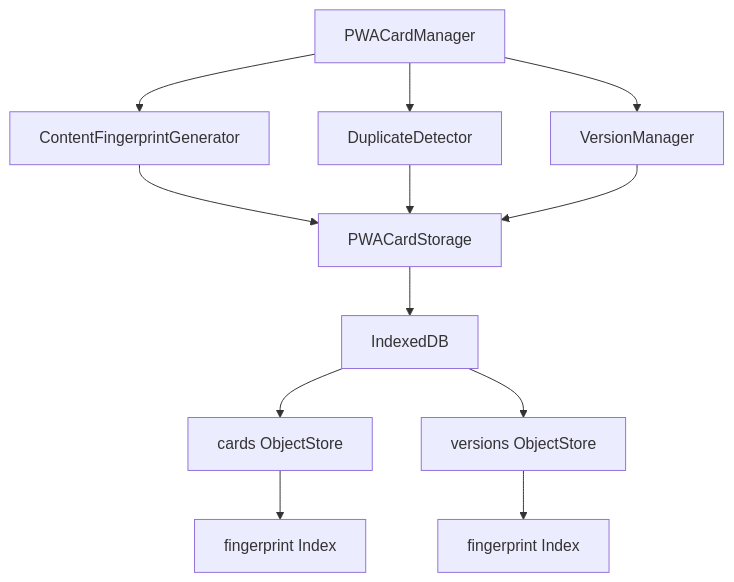
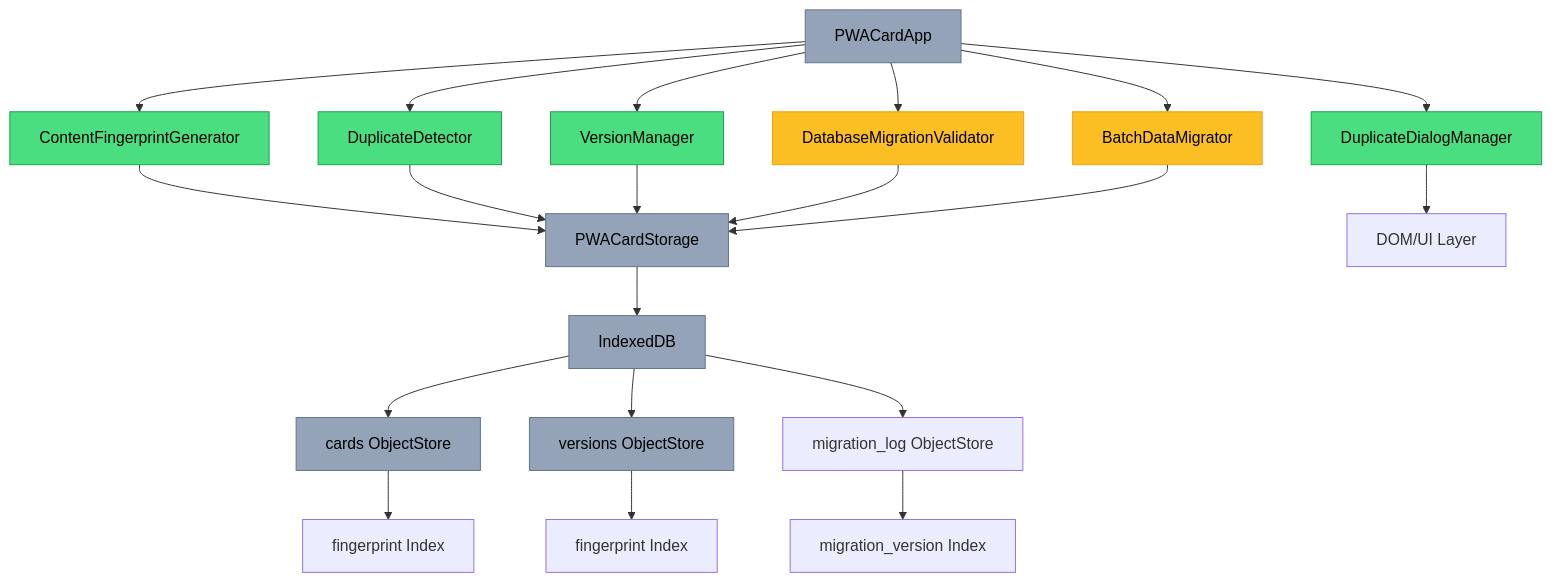
One commit to iim0663418/DB-Card changed the first of 2 diagrams in docs/design.md. Above: the diagram before and after it, drawn with Mermaid. The commit also changed other lines of this file and 25 other files, not shown here.

````diff
--- a/docs/design.md
+++ b/docs/design.md
@@ -19,17 +23,33 @@
 ```mermaid
 graph TB
-    A[PWACardManager] --> B[ContentFingerprintGenerator]
+    A[PWACardApp] --> B[ContentFingerprintGenerator]
     A --> C[DuplicateDetector] 
     A --> D[VersionManager]
+    A --> E[DuplicateDialogManager]
+    A --> F[DatabaseMigrationValidator]
+    A --> G[BatchDataMigrator]
     
-    B --> E[PWACardStorage]
-    C --> E
-    D --> E
+    B --> H[PWACardStorage]
+    C --> H
+    D --> H
+    F --> H
+    G --> H
+    E --> I[DOM/UI Layer]
     
-    E --> F[IndexedDB]
-    F --> G[cards ObjectStore]
-    F --> H[versions ObjectStore]
+    H --> J[IndexedDB]
+    J --> K[cards ObjectStore]
+    J --> L[versions ObjectStore]
+    J --> M[migration_log ObjectStore]
     
-    G --> I[fingerprint Index]
-    H --> J[fingerprint Index]
+    K --> N[fingerprint Index]
+    L --> O[fingerprint Index]
+    M --> P[migration_version Index]
+    
+    classDef implemented fill:#4ade80,stroke:#16a34a,color:#000
+    classDef pending fill:#fbbf24,stroke:#f59e0b,color:#000
+    classDef existing fill:#94a3b8,stroke:#64748b,color:#000
+    
+    class B,C,D,E implemented
+    class F,G pending
+    class A,H,J,K,L existing
 ```
````
